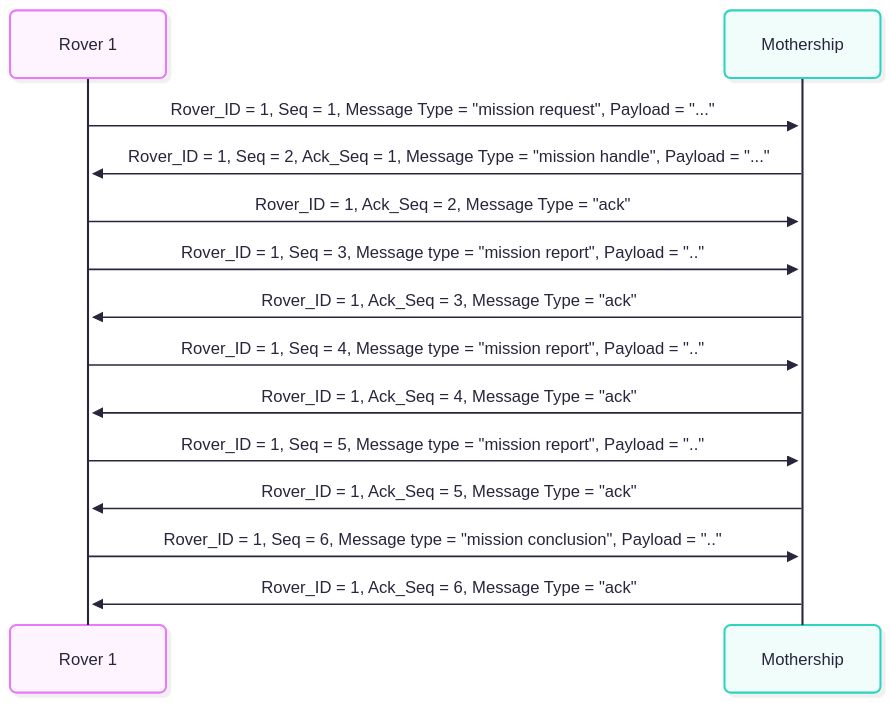
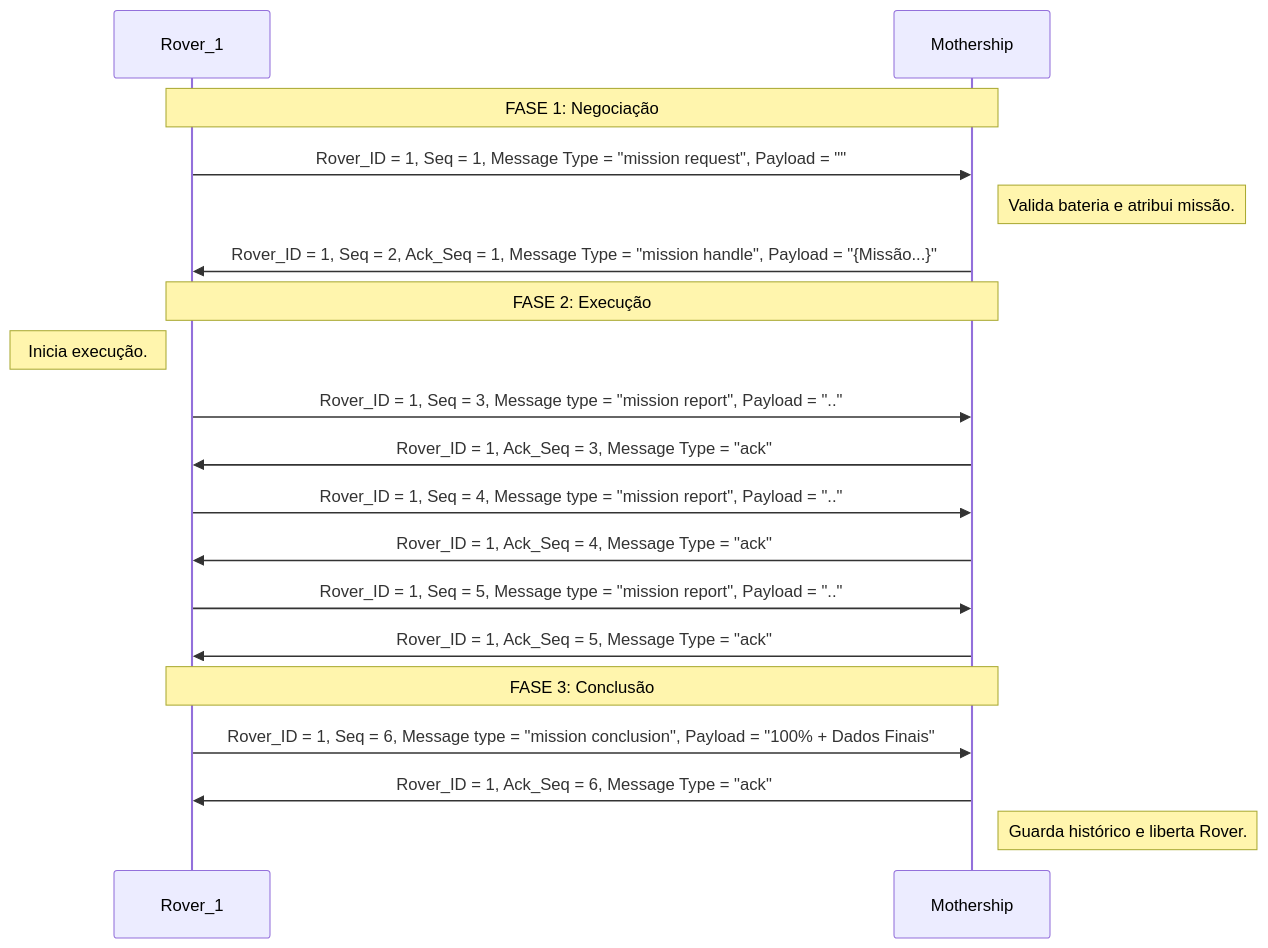
The diagram in protocolos/Mission Link: Happy Path/Mission Link: Happy Path.mmd (G-amaro/TP2-CC), drawn with Mermaid before and after one commit. The commit also changed 7 other files, not shown here.

Commit message:
atualização dos diagramas

```diff
--- a/protocolos/Mission Link: Happy Path/Mission Link: Happy Path.mmd
+++ b/protocolos/Mission Link: Happy Path/Mission Link: Happy Path.mmd
@@ -1,19 +1,29 @@
----
-config:
-  theme: redux-color
-  look: neo
----
 sequenceDiagram
-    participant Rover 1
+    participant Rover_1
     participant Mothership
-    Rover 1->>Mothership: Rover_ID = 1, Seq = 1, Message Type = "mission request", Payload = "..."  
-    Mothership->>Rover 1: Rover_ID = 1, Seq = 2, Ack_Seq = 1, Message Type = "mission handle", Payload = "..."
-    Rover 1->>Mothership: Rover_ID = 1, Ack_Seq = 2, Message Type = "ack"
-    Rover 1->>Mothership: Rover_ID = 1, Seq = 3, Message type = "mission report", Payload = ".." #25%
-    Mothership->>Rover 1: Rover_ID = 1, Ack_Seq = 3, Message Type = "ack"
-    Rover 1->>Mothership: Rover_ID = 1, Seq = 4, Message type = "mission report", Payload = ".." #50%
-    Mothership->>Rover 1: Rover_ID = 1, Ack_Seq = 4, Message Type = "ack"
-    Rover 1->>Mothership: Rover_ID = 1, Seq = 5, Message type = "mission report", Payload = ".." #75%
-    Mothership->>Rover 1: Rover_ID = 1, Ack_Seq = 5, Message Type = "ack"
-    Rover 1->>Mothership: Rover_ID = 1, Seq = 6, Message type = "mission conclusion", Payload = ".." #100% 
-    Mothership->>Rover 1: Rover_ID = 1, Ack_Seq = 6, Message Type = "ack"
+
+    Note over Rover_1, Mothership: FASE 1: Negociação
+
+    Rover_1->>Mothership: Rover_ID = 1, Seq = 1, Message Type = "mission request", Payload = ""
+
+    Note right of Mothership: Valida bateria e atribui missão.
+    Mothership->>Rover_1: Rover_ID = 1, Seq = 2, Ack_Seq = 1, Message Type = "mission handle", Payload = "{Missão...}"
+
+    Note over Rover_1, Mothership: FASE 2: Execução
+
+    Note left of Rover_1: Inicia execução.
+    Rover_1->>Mothership: Rover_ID = 1, Seq = 3, Message type = "mission report", Payload = ".."
+    Mothership->>Rover_1: Rover_ID = 1, Ack_Seq = 3, Message Type = "ack"
+
+    Rover_1->>Mothership: Rover_ID = 1, Seq = 4, Message type = "mission report", Payload = ".."
+    Mothership->>Rover_1: Rover_ID = 1, Ack_Seq = 4, Message Type = "ack"
+
+    Rover_1->>Mothership: Rover_ID = 1, Seq = 5, Message type = "mission report", Payload = ".."
+    Mothership->>Rover_1: Rover_ID = 1, Ack_Seq = 5, Message Type = "ack"
+
+    Note over Rover_1, Mothership: FASE 3: Conclusão
+
+    Rover_1->>Mothership: Rover_ID = 1, Seq = 6, Message type = "mission conclusion", Payload = "100% + Dados Finais"
+    Mothership->>Rover_1: Rover_ID = 1, Ack_Seq = 6, Message Type = "ack"
+    
+    Note right of Mothership: Guarda histórico e liberta Rover.
```
